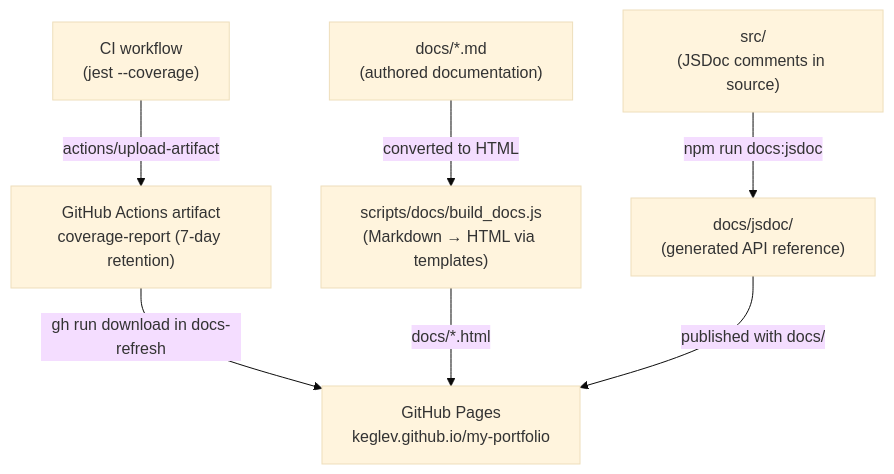
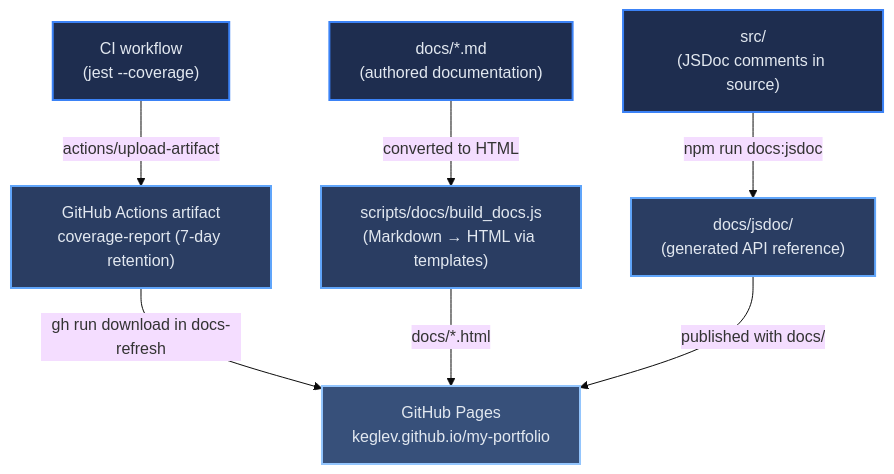
Before and after one commit to Keglev/my-portfolio: the second of 2 diagrams in docs/deploy/data-flow.md, drawn with Mermaid (base theme). The commit also changed other lines of this file and 8 other files, not shown here.

Commit message:
changed style for make more colorful mermaid diagrams; updated docs to reflect change in style

````diff
--- a/docs/deploy/data-flow.md
+++ b/docs/deploy/data-flow.md
@@ -62,17 +72,25 @@
 ```mermaid
 flowchart TD
     CIJob["CI workflow\n(jest --coverage)"]
     CoverageArtifact["GitHub Actions artifact\ncoverage-report (7-day retention)"]
     MarkdownDocs["docs/*.md\n(authored documentation)"]
     BuildDocs["scripts/docs/build_docs.js\n(Markdown → HTML via templates)"]
     SrcCode["src/\n(JSDoc comments in source)"]
     JSDocOutput["docs/jsdoc/\n(generated API reference)"]
     GHPages["GitHub Pages\nkeglev.github.io/my-portfolio"]
 
     CIJob -->|"actions/upload-artifact"| CoverageArtifact
     CoverageArtifact -->|"gh run download in docs-refresh"| GHPages
     MarkdownDocs -->|"converted to HTML"| BuildDocs
     BuildDocs -->|"docs/*.html"| GHPages
     SrcCode -->|"npm run docs:jsdoc"| JSDocOutput
     JSDocOutput -->|"published with docs/"| GHPages
+
+    class CIJob,MarkdownDocs,SrcCode l1
+    class CoverageArtifact,BuildDocs,JSDocOutput l2
+    class GHPages l3
+
+    classDef l1 fill:#1e2d4f,stroke:#3B82F6,stroke-width:2px,color:#E2E8F0
+    classDef l2 fill:#2a3d62,stroke:#60A5FA,stroke-width:2px,color:#E2E8F0
+    classDef l3 fill:#37507a,stroke:#93C5FD,stroke-width:2px,color:#E2E8F0
 ```
````
